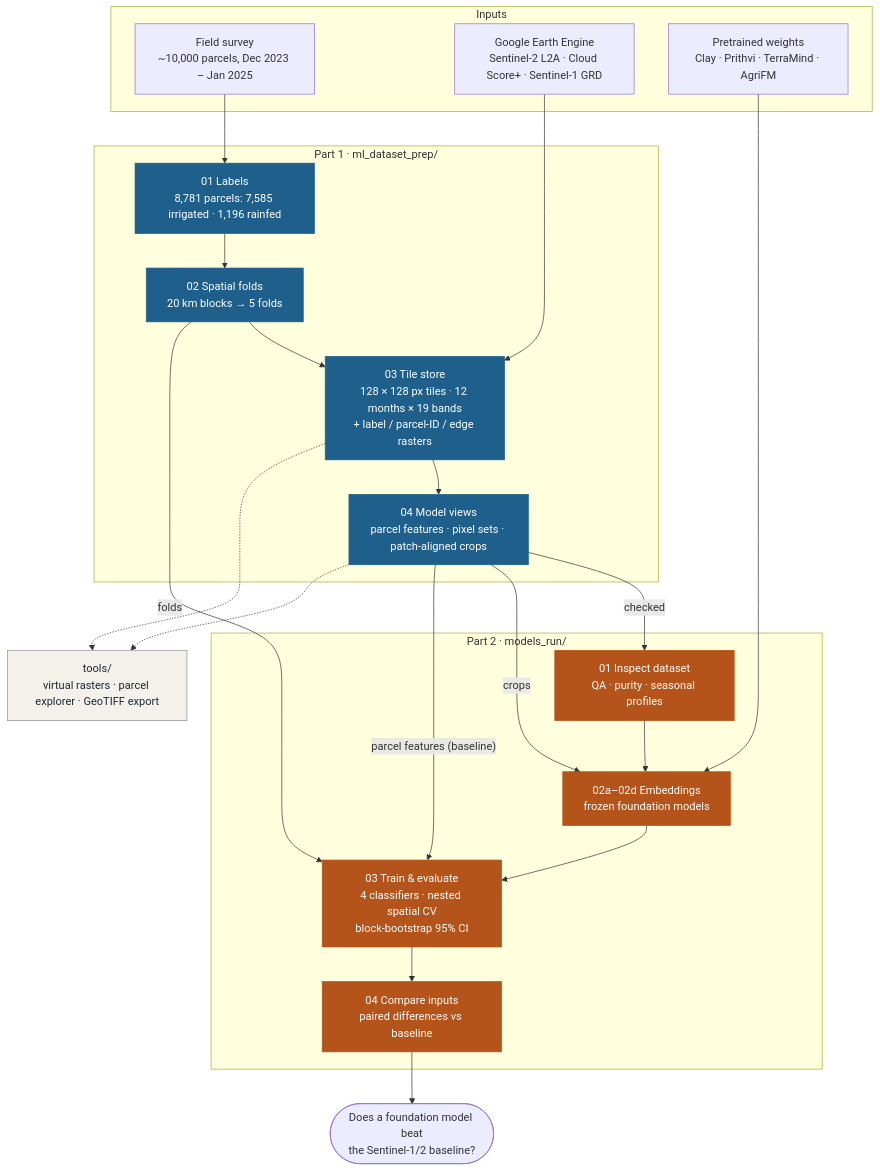
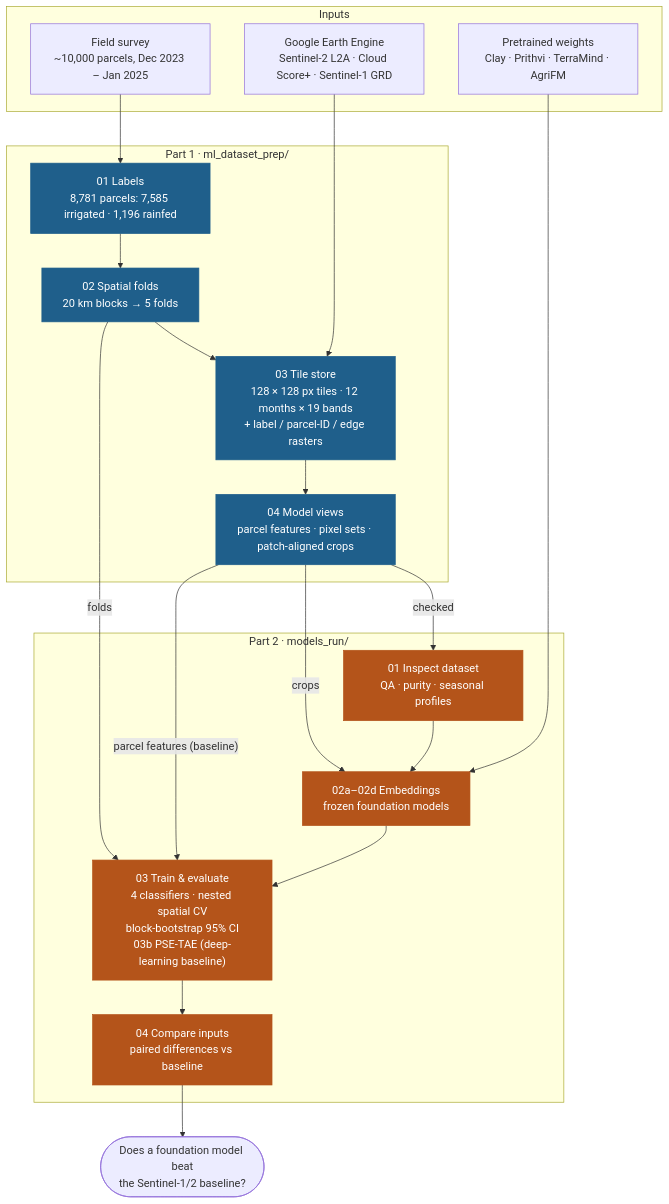
One commit to amanchry/irrimapping-geofm changed the diagram in README.md. Above: the diagram before and after it, drawn with Mermaid. The commit also changed other lines of this file and 4 other files, not shown here.

````diff
--- a/README.md
+++ b/README.md
@@ -17,43 +17,38 @@
 ```mermaid
 flowchart TD
     subgraph INPUTS["Inputs"]
         FS["Field survey<br/>~10,000 parcels, Dec 2023 – Jan 2025"]
         EE["Google Earth Engine<br/>Sentinel-2 L2A · Cloud Score+ · Sentinel-1 GRD"]
         W["Pretrained weights<br/>Clay · Prithvi · TerraMind · AgriFM"]
     end
 
     subgraph P1["Part 1 · ml_dataset_prep/"]
         L["01 Labels<br/>8,781 parcels: 7,585 irrigated · 1,196 rainfed"]
         F["02 Spatial folds<br/>20 km blocks → 5 folds"]
         T["03 Tile store<br/>128 × 128 px tiles · 12 months × 19 bands<br/>+ label / parcel-ID / edge rasters"]
         V["04 Model views<br/>parcel features · pixel sets · patch-aligned crops"]
         L --> F --> T --> V
     end
 
     subgraph P2["Part 2 · models_run/"]
         I["01 Inspect dataset<br/>QA · purity · seasonal profiles"]
         E["02a–02d Embeddings<br/>frozen foundation models"]
-        C["03 Train & evaluate<br/>4 classifiers · nested spatial CV<br/>block-bootstrap 95% CI"]
+        C["03 Train & evaluate<br/>4 classifiers · nested spatial CV<br/>block-bootstrap 95% CI<br/>03b PSE-TAE (deep-learning baseline)"]
         K["04 Compare inputs<br/>paired differences vs baseline"]
         I --> E --> C --> K
     end
 
     FS --> L
     EE --> T
     V -->|"checked"| I
     V -->|"crops"| E
     V -->|"parcel features (baseline)"| C
     F -->|"folds"| C
     W --> E
     K --> R(["Does a foundation model beat<br/>the Sentinel-1/2 baseline?"])
 
-    T -.-> TOOLS["tools/<br/>virtual rasters · parcel explorer · GeoTIFF export"]
-    V -.-> TOOLS
-
     classDef part1 fill:#1F5F8B,color:#fff,stroke:#1F5F8B
     classDef part2 fill:#B4541A,color:#fff,stroke:#B4541A
-    classDef tool fill:#F4F1EA,stroke:#8A919A,color:#1C2733
     class L,F,T,V part1
     class I,E,C,K part2
-    class TOOLS tool
 ```
````
